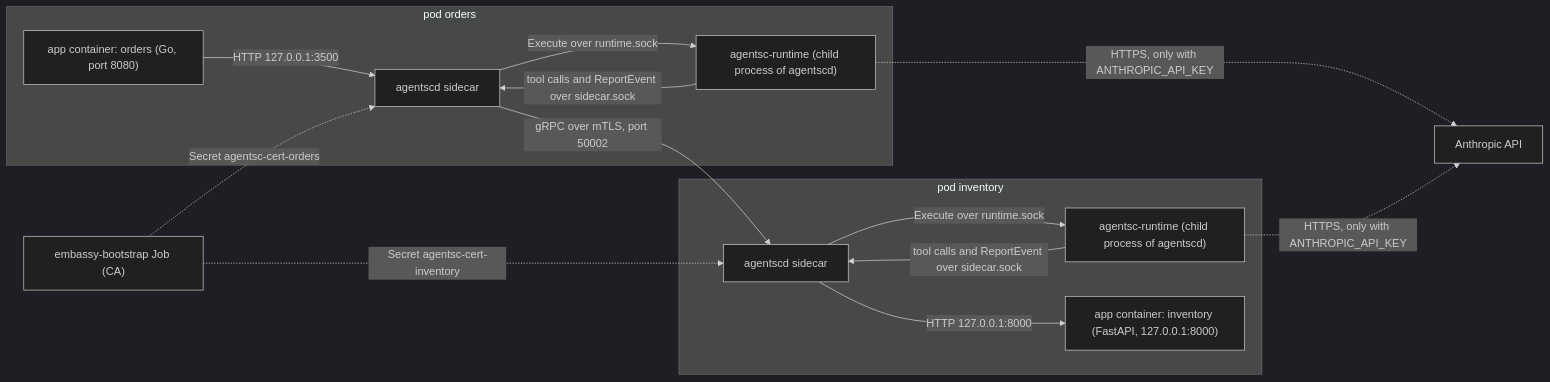
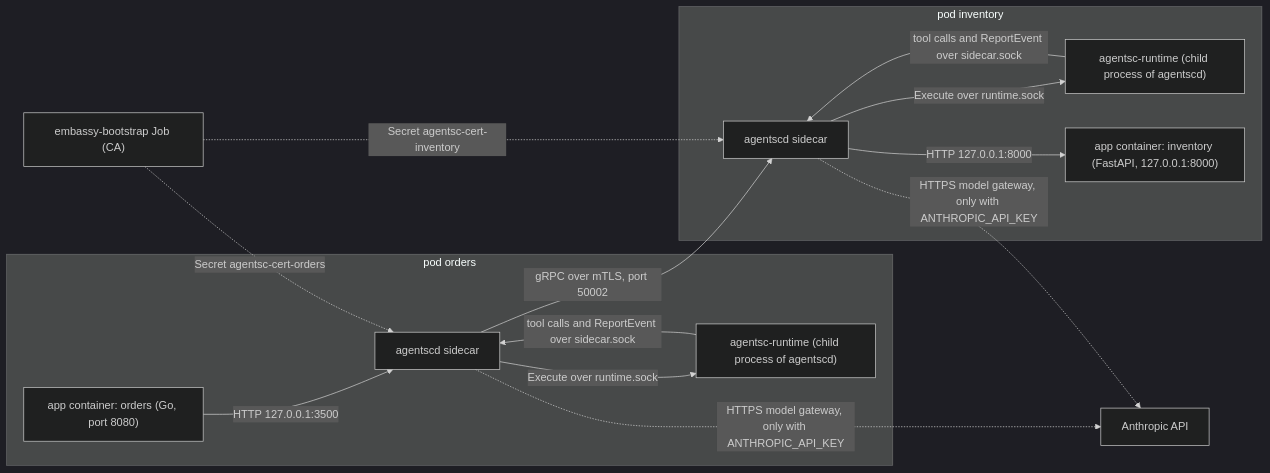
Before and after one commit to f8fvwgzc/agent-sidecar: the first of 4 diagrams in docs/architecture.md, drawn with Mermaid (dark theme). The commit also changed other lines of this file and 40 other files, not shown here.

````diff
--- a/docs/architecture.md
+++ b/docs/architecture.md
@@ -166,25 +166,25 @@
 ```mermaid
 flowchart LR
   subgraph orders_pod["pod orders"]
     OA["app container: orders (Go, port 8080)"]
     OS["agentscd sidecar"]
     OR["agentsc-runtime (child process of agentscd)"]
     OA -->|"HTTP 127.0.0.1:3500"| OS
     OS -->|"Execute over runtime.sock"| OR
     OR -->|"tool calls and ReportEvent over sidecar.sock"| OS
   end
   subgraph inventory_pod["pod inventory"]
     IS["agentscd sidecar"]
     IR["agentsc-runtime (child process of agentscd)"]
     IA["app container: inventory (FastAPI, 127.0.0.1:8000)"]
     IS -->|"Execute over runtime.sock"| IR
     IR -->|"tool calls and ReportEvent over sidecar.sock"| IS
     IS -->|"HTTP 127.0.0.1:8000"| IA
   end
   OS -->|"gRPC over mTLS, port 50002"| IS
   E["embassy-bootstrap Job (CA)"]
   E -.->|"Secret agentsc-cert-orders"| OS
   E -.->|"Secret agentsc-cert-inventory"| IS
-  OR -.->|"HTTPS, only with ANTHROPIC_API_KEY"| M["Anthropic API"]
-  IR -.->|"HTTPS, only with ANTHROPIC_API_KEY"| M
+  OS -.->|"HTTPS model gateway, only with ANTHROPIC_API_KEY"| M["Anthropic API"]
+  IS -.->|"HTTPS model gateway, only with ANTHROPIC_API_KEY"| M
 ```
````
